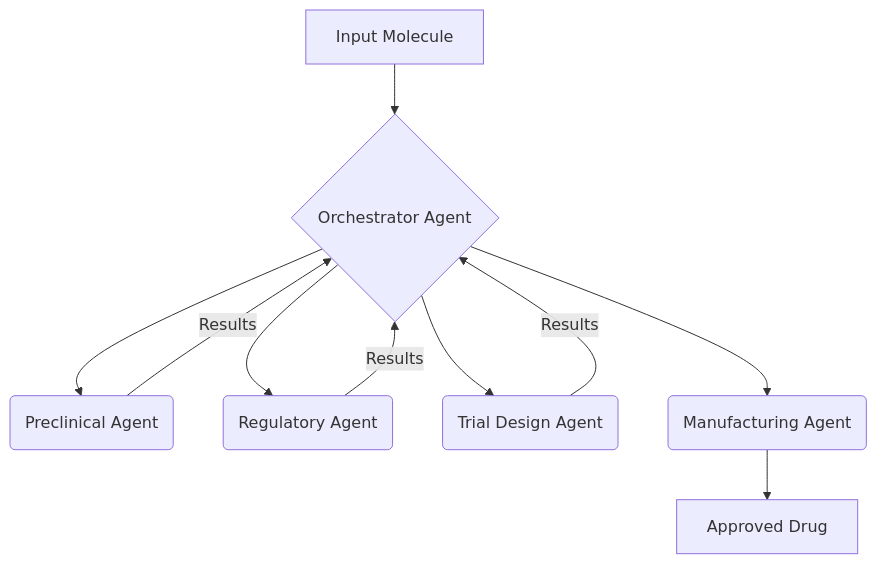
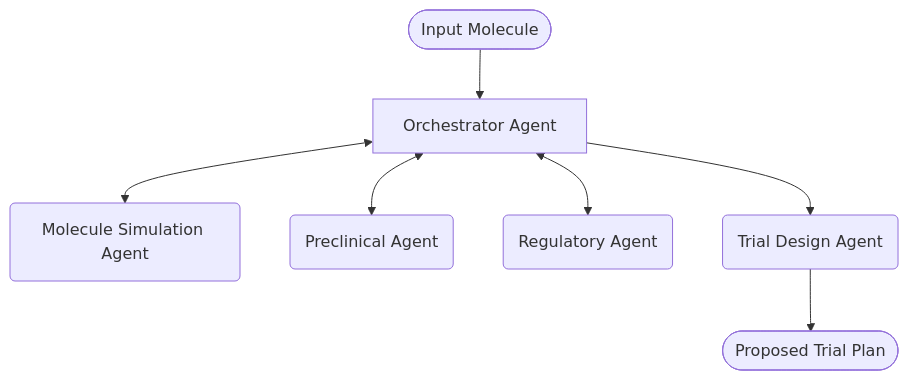
One commit to sep/ai-agent-swarm changed the diagram in delegation/README.md. Above: the diagram before and after it, drawn with Mermaid. The commit also changed other lines of this file and 7 other files, not shown here.

````diff
--- a/delegation/README.md
+++ b/delegation/README.md
@@ -10,13 +10,13 @@
 ```mermaid
 flowchart TB
-    A[Input Molecule] --> B{Orchestrator Agent}
-    B --> C(Preclinical Agent)
-    B --> D(Regulatory Agent)
+    
+    A([Input Molecule]) --> B[Orchestrator Agent]
+    
+    B <--> Z(Molecule Simulation Agent)
+    B <--> C(Preclinical Agent)
+    B <--> D(Regulatory Agent)
     B --> E(Trial Design Agent)
-    B --> F(Manufacturing Agent)
 
-    C -->|Results| B
-    D -->|Results| B
-    E -->|Results| B
-    F --> G[Approved Drug]
+    
+    E --> G([Proposed Trial Plan])
 ```
````
